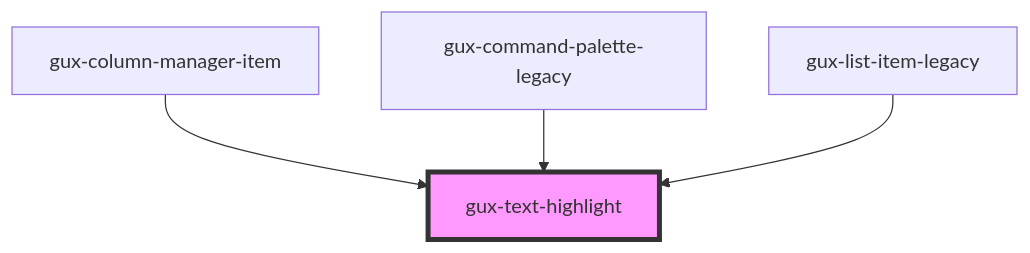
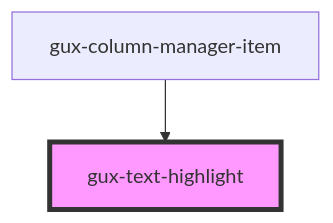
One commit to MyPureCloud/genesys-spark changed the diagram in packages/genesys-spark-components/src/components/stable/gux-text-highlight/readme.md. Above: the diagram before and after it, drawn with Mermaid. The commit also changed other lines of this file and 255 other files, not shown here.

````diff
--- a/packages/genesys-spark-components/src/components/stable/gux-text-highlight/readme.md
+++ b/packages/genesys-spark-components/src/components/stable/gux-text-highlight/readme.md
@@ -26,7 +24,5 @@
 ```mermaid
 graph TD;
   gux-column-manager-item --> gux-text-highlight
-  gux-command-palette-legacy --> gux-text-highlight
-  gux-list-item-legacy --> gux-text-highlight
   style gux-text-highlight fill:#f9f,stroke:#333,stroke-width:4px
 ```
````
